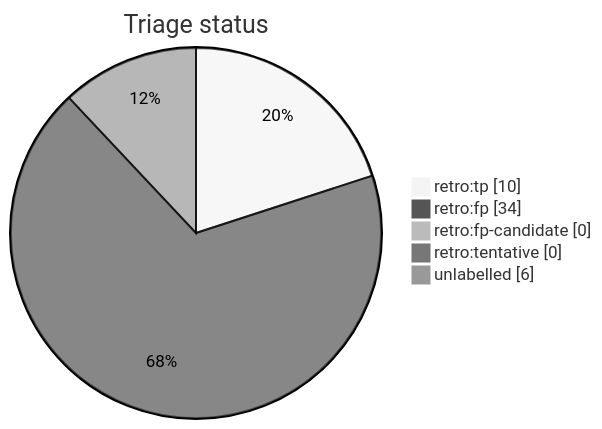
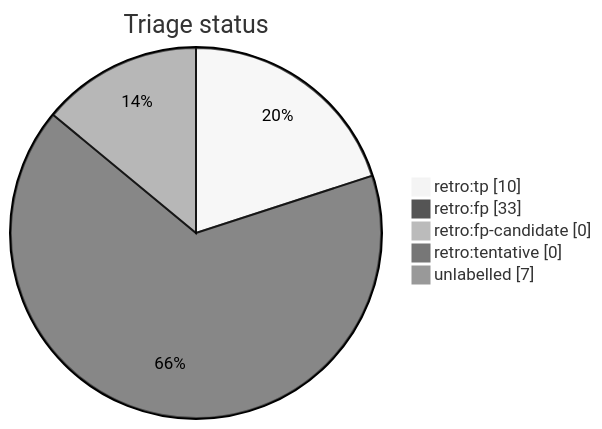
One commit to tvna/claude-md changed the diagram in docs/generated/scripts/auto-retro-triage-report.md. Above: the diagram before and after it, drawn with Mermaid (neutral theme). The commit also changed other lines of this file, not shown here.

First line of the commit message:
chore(auto-retro): refresh triage report

````diff
--- a/docs/generated/scripts/auto-retro-triage-report.md
+++ b/docs/generated/scripts/auto-retro-triage-report.md
@@ -17,9 +17,9 @@
 ```mermaid
 pie showData
     title Triage status
     "retro:tp" : 10
-    "retro:fp" : 34
+    "retro:fp" : 33
     "retro:fp-candidate" : 0
     "retro:tentative" : 0
-    "unlabelled" : 6
+    "unlabelled" : 7
 ```
````
